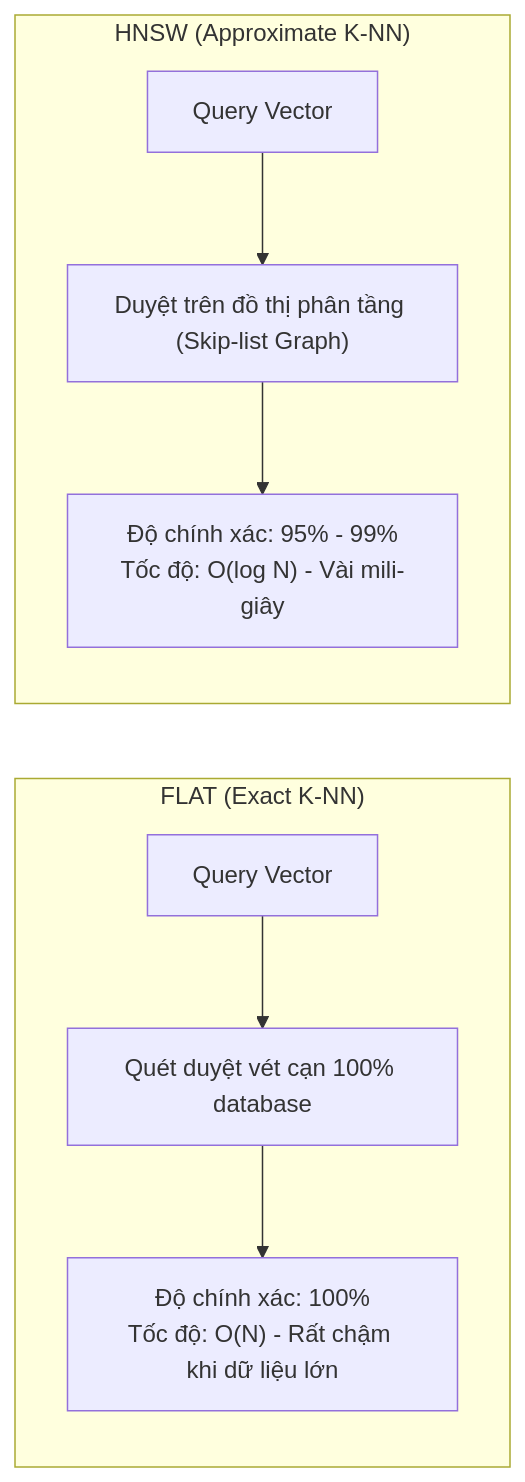
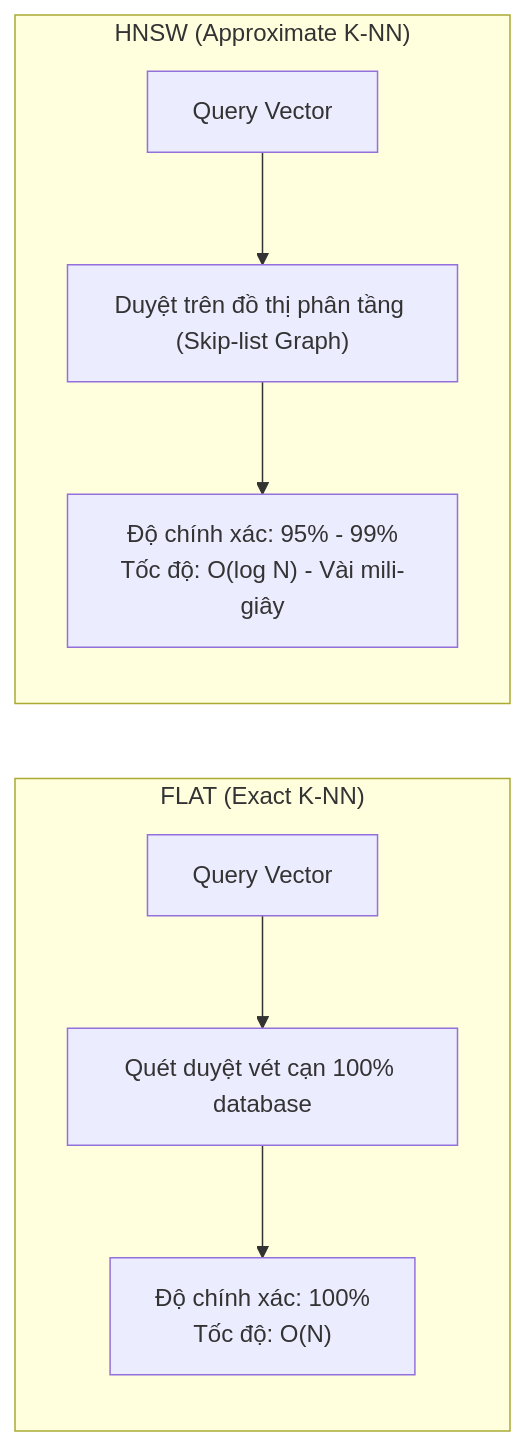
Before and after one commit to hieutran0204/Redis_Iris: the second of 4 diagrams in 2-vector-search-and-rag/1-embeddings-and-hnsw-indexing.md, drawn with Mermaid. The commit also changed other lines of this file, not shown here.

````diff
--- a/2-vector-search-and-rag/1-embeddings-and-hnsw-indexing.md
+++ b/2-vector-search-and-rag/1-embeddings-and-hnsw-indexing.md
@@ -76,12 +85,12 @@
 ```mermaid
 graph LR
     subgraph FLAT["FLAT (Exact K-NN)"]
         F1["Query Vector"] --> F2["Quét duyệt vét cạn 100% database"]
-        F2 --> F3["Độ chính xác: 100%<br/>Tốc độ: O(N) - Rất chậm khi dữ liệu lớn"]
+        F2 --> F3["Độ chính xác: 100%<br/>Tốc độ: O(N)"]
     end
 
     subgraph HNSW["HNSW (Approximate K-NN)"]
         H1["Query Vector"] --> H2["Duyệt trên đồ thị phân tầng (Skip-list Graph)"]
         H2 --> H3["Độ chính xác: 95% - 99%<br/>Tốc độ: O(log N) - Vài mili-giây"]
     end
 ```
````
